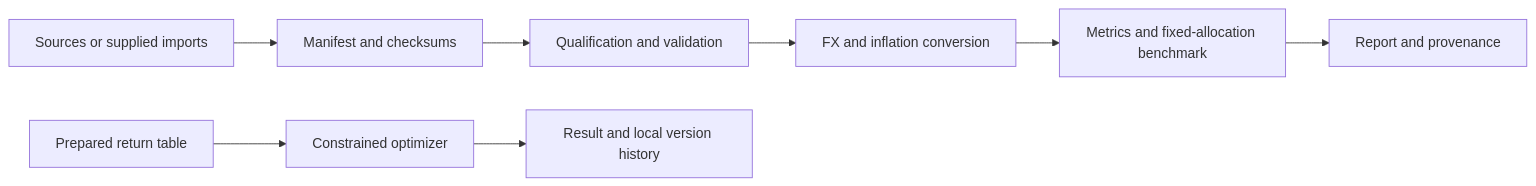
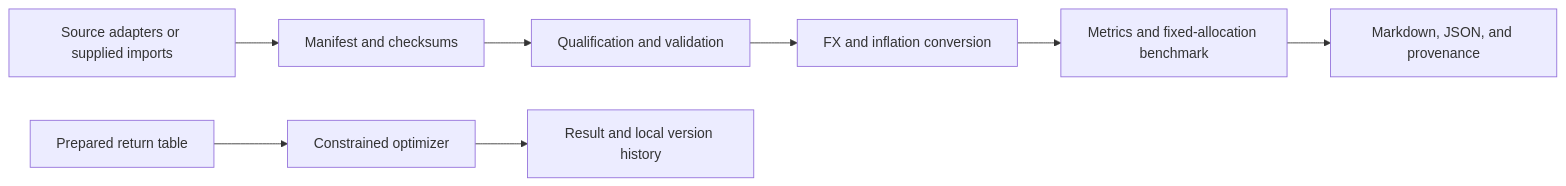
One commit to zzhang87/auditable-portfolio-lab changed the diagram in README.md. Above: the diagram before and after it, drawn with Mermaid. The commit also changed other lines of this file and 9 other files, not shown here.

````diff
--- a/README.md
+++ b/README.md
@@ -66,10 +83,10 @@
 ```mermaid
 flowchart LR
-    A[Sources or supplied imports] --> B[Manifest and checksums]
+    A[Source adapters or supplied imports] --> B[Manifest and checksums]
     B --> C[Qualification and validation]
     C --> D[FX and inflation conversion]
     D --> E[Metrics and fixed-allocation benchmark]
-    E --> F[Report and provenance]
+    E --> F[Markdown, JSON, and provenance]
     G[Prepared return table] --> H[Constrained optimizer]
     H --> I[Result and local version history]
 ```
````
